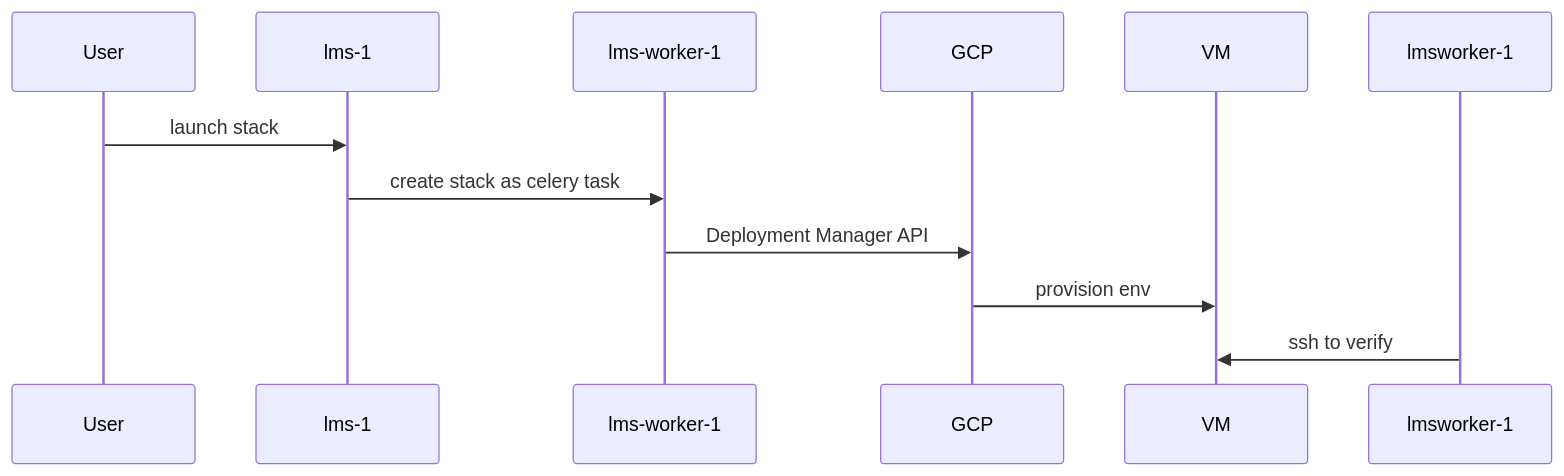
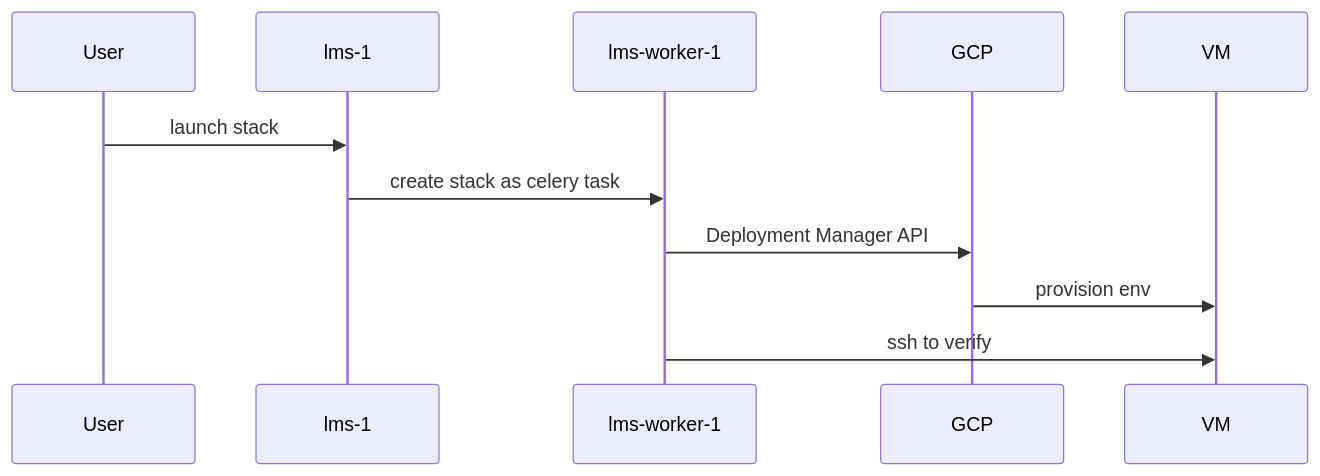
One commit to JasonL888/hastexo-xblock changed the first of 2 diagrams in README.md. Above: the diagram before and after it, drawn with Mermaid.

Commit message:
#8 update readme

````diff
--- a/README.md
+++ b/README.md
@@ -72,8 +72,8 @@
 ```mermaid
 sequenceDiagram
 	User->>lms-1: launch stack
 	lms-1->>lms-worker-1: create stack as celery task
 	lms-worker-1->>GCP: Deployment Manager API
 	GCP->>VM: provision env 
-	lmsworker-1->>VM: ssh to verify
+	lms-worker-1->>VM: ssh to verify
 ```
````
